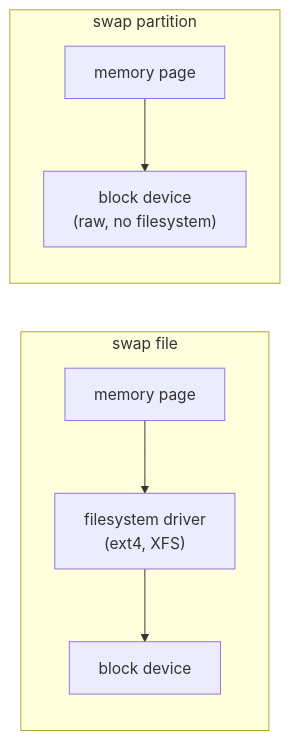
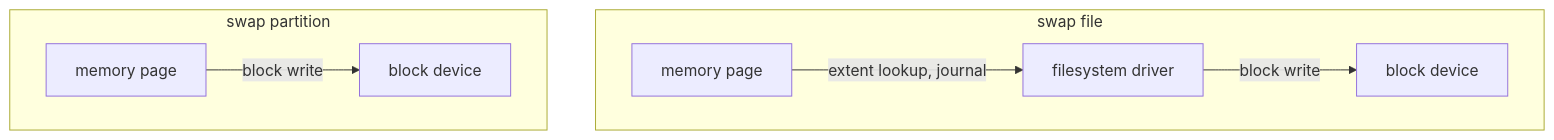
The diagram in sections/section-040/module-02/course-01-partition-vs-file-and-creating-it.md (astrona-io/ATS004), drawn with Mermaid before and after one commit. The commit also changed other lines of this file and 287 other files, not shown here.

````diff
--- a/sections/section-040/module-02/course-01-partition-vs-file-and-creating-it.md
+++ b/sections/section-040/module-02/course-01-partition-vs-file-and-creating-it.md
@@ -13,10 +11,10 @@
 ```mermaid
-flowchart LR
+flowchart TB
     subgraph File["swap file"]
-        FP["memory page"] --> FS["filesystem driver<br/>(ext4, XFS)"]
-        FS --> FB["block device"]
+        FP["memory page"] -->|"extent lookup, journal"| FS["filesystem driver"]
+        FS -->|"block write"| FB["block device"]
     end
     subgraph Part["swap partition"]
-        PP["memory page"] --> PB["block device<br/>(raw, no filesystem)"]
+        PP["memory page"] -->|"block write"| PB["block device"]
     end
 ```
````
